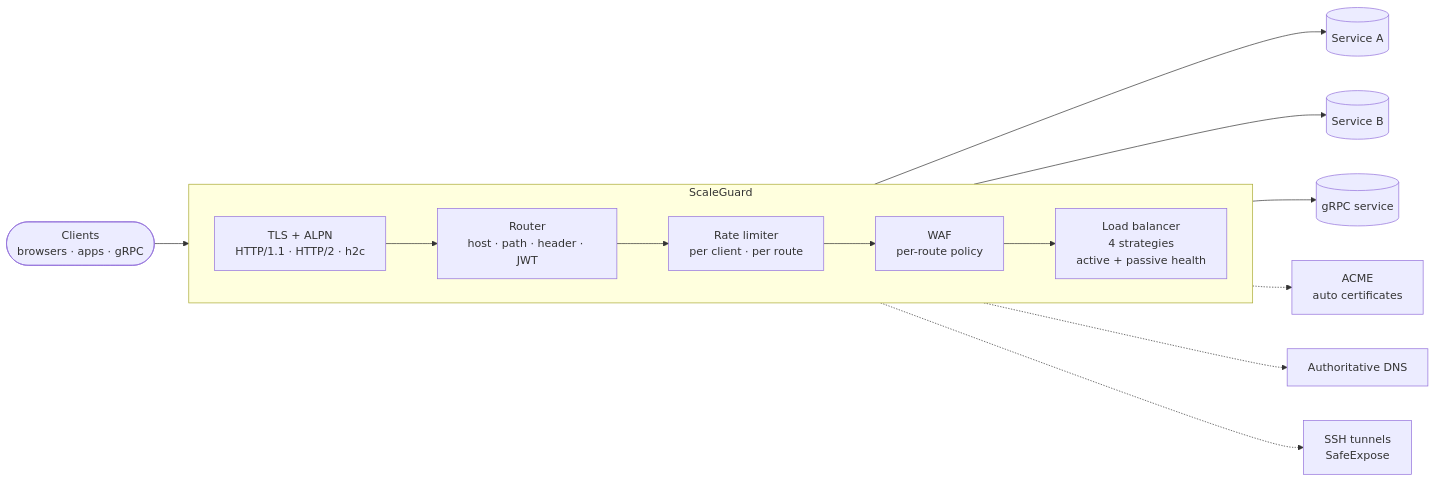
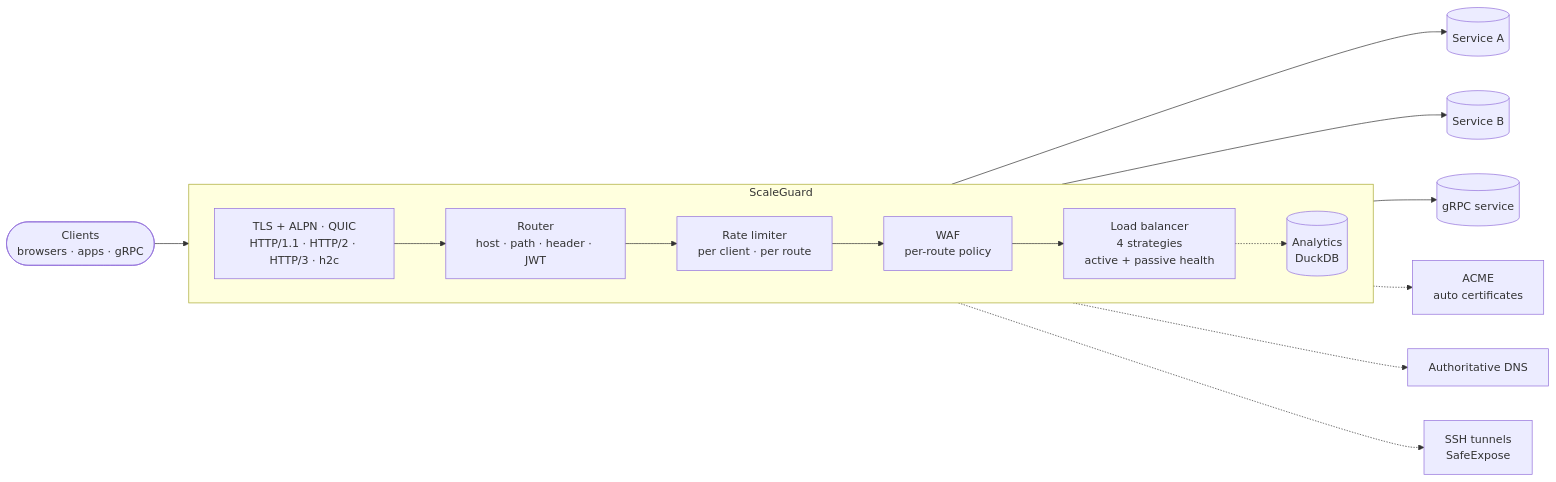
Before and after one commit to dhaneeshtb/scaleguard: the diagram in README.md, drawn with Mermaid. The commit also changed other lines of this file and 71 other files, not shown here.

````diff
--- a/README.md
+++ b/README.md
@@ -39,17 +39,18 @@
 ```mermaid
 flowchart LR
     C([Clients<br/>browsers · apps · gRPC]) --> T
     subgraph SG [ScaleGuard]
         direction LR
-        T[TLS + ALPN<br/>HTTP/1.1 · HTTP/2 · h2c] --> M[Router<br/>host · path · header · JWT]
+        T[TLS + ALPN · QUIC<br/>HTTP/1.1 · HTTP/2 · HTTP/3 · h2c] --> M[Router<br/>host · path · header · JWT]
         M --> R[Rate limiter<br/>per client · per route]
         R --> W[WAF<br/>per-route policy]
         W --> L[Load balancer<br/>4 strategies<br/>active + passive health]
+        L -.-> AN[(Analytics<br/>DuckDB)]
     end
     L --> B1[(Service A)]
     L --> B2[(Service B)]
     L --> B3[(gRPC service)]
     SG -.-> A[ACME<br/>auto certificates]
     SG -.-> D[Authoritative DNS]
     SG -.-> S[SSH tunnels<br/>SafeExpose]
 ```
````
